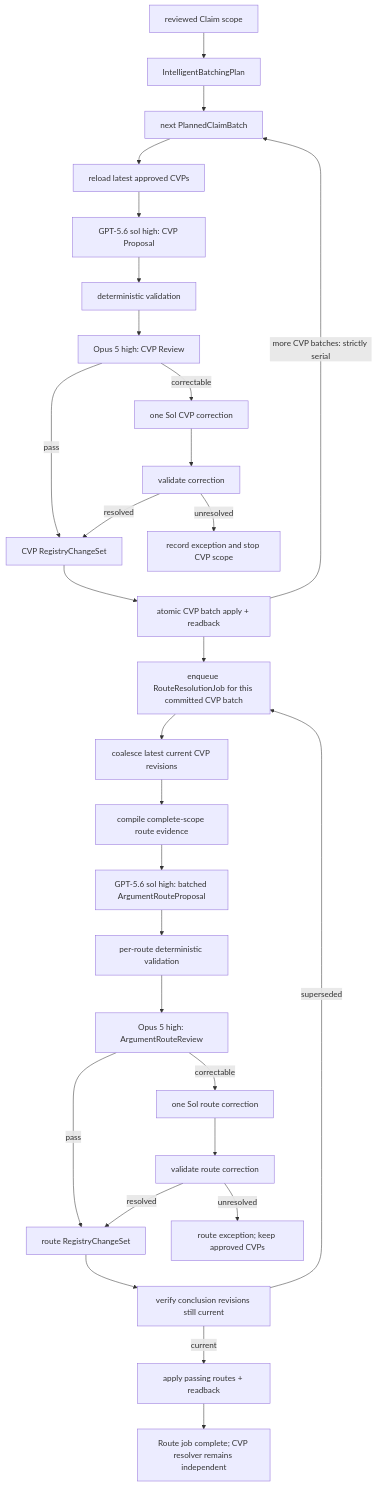
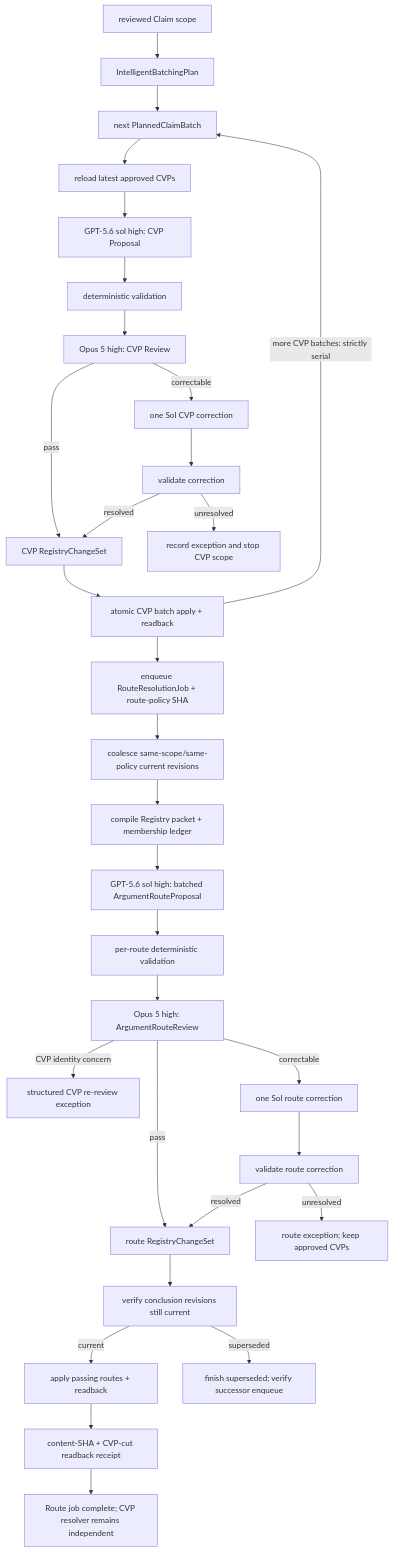
One commit to junyang168/smart-answer changed the first of 7 diagrams in docs/wang-knowledge-platform/canonical_viewpoint_registry_design_v1.md. Above: the diagram before and after it, drawn with Mermaid. The commit also changed other lines of this file and 11 other files, not shown here.

Commit message:
refactor(wang): simplify reviewed route resolution

````diff
--- a/docs/wang-knowledge-platform/canonical_viewpoint_registry_design_v1.md
+++ b/docs/wang-knowledge-platform/canonical_viewpoint_registry_design_v1.md
@@ -81,31 +81,33 @@
 ```mermaid
 flowchart TD
     S["reviewed Claim scope"] --> B["IntelligentBatchingPlan"]
     B --> N["next PlannedClaimBatch"]
     N --> L["reload latest approved CVPs"]
     L --> P["GPT-5.6 sol high: CVP Proposal"]
     P --> D["deterministic validation"]
     D --> R["Opus 5 high: CVP Review"]
     R -->|"pass"| C["CVP RegistryChangeSet"]
     R -->|"correctable"| O["one Sol CVP correction"]
     O --> V["validate correction"]
     V -->|"resolved"| C
     V -->|"unresolved"| X["record exception and stop CVP scope"]
     C --> A["atomic CVP batch apply + readback"]
     A -->|"more CVP batches: strictly serial"| N
-    A --> Q["enqueue RouteResolutionJob for this committed CVP batch"]
-    Q --> E["coalesce latest current CVP revisions"]
-    E --> CE["compile complete-scope route evidence"]
+    A --> Q["enqueue RouteResolutionJob + route-policy SHA"]
+    Q --> E["coalesce same-scope/same-policy current revisions"]
+    E --> CE["compile Registry packet + membership ledger"]
     CE --> RP["GPT-5.6 sol high: batched ArgumentRouteProposal"]
     RP --> RD["per-route deterministic validation"]
     RD --> RR["Opus 5 high: ArgumentRouteReview"]
+    RR -->|"CVP identity concern"| CX["structured CVP re-review exception"]
     RR -->|"pass"| RC["route RegistryChangeSet"]
     RR -->|"correctable"| RO["one Sol route correction"]
     RO --> RV["validate route correction"]
     RV -->|"resolved"| RC
     RV -->|"unresolved"| RX["route exception; keep approved CVPs"]
     RC --> CC["verify conclusion revisions still current"]
     CC -->|"current"| RA["apply passing routes + readback"]
-    CC -->|"superseded"| Q
-    RA --> Z["Route job complete; CVP resolver remains independent"]
+    CC -->|"superseded"| SQ["finish superseded; verify successor enqueue"]
+    RA --> RB["content-SHA + CVP-cut readback receipt"]
+    RB --> Z["Route job complete; CVP resolver remains independent"]
 ```
````
